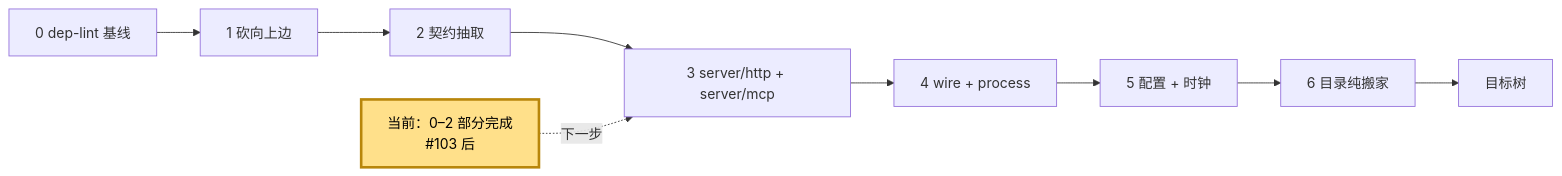
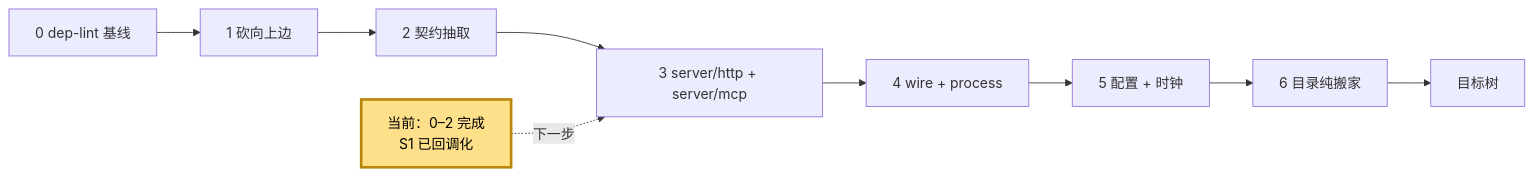
One commit to webxxxxx/plugin-manager changed the fifth of 5 diagrams in docs/architecture.md. Above: the diagram before and after it, drawn with Mermaid. The commit also changed other lines of this file and 10 other files, not shown here.

````diff
--- a/docs/architecture.md
+++ b/docs/architecture.md
@@ -379,15 +376,15 @@
 ```mermaid
 flowchart LR
     S0["0 dep-lint 基线"] --> S1["1 砍向上边"]
     S1 --> S2["2 契约抽取"]
     S2 --> S3["3 server/http + server/mcp"]
     S3 --> S4["4 wire + process"]
     S4 --> S5["5 配置 + 时钟"]
     S5 --> S6["6 目录纯搬家"]
     S6 --> DONE["目标树"]
 
-    NOW["当前：0–2 部分完成<br/>#103 后"]:::current
+    NOW["当前：0–2 完成<br/>S1 已回调化"]:::current
     NOW -.->|下一步| S3
 
     classDef current fill:#ffe08a,stroke:#b8860b,stroke-width:3px,color:#000
 ```
````
